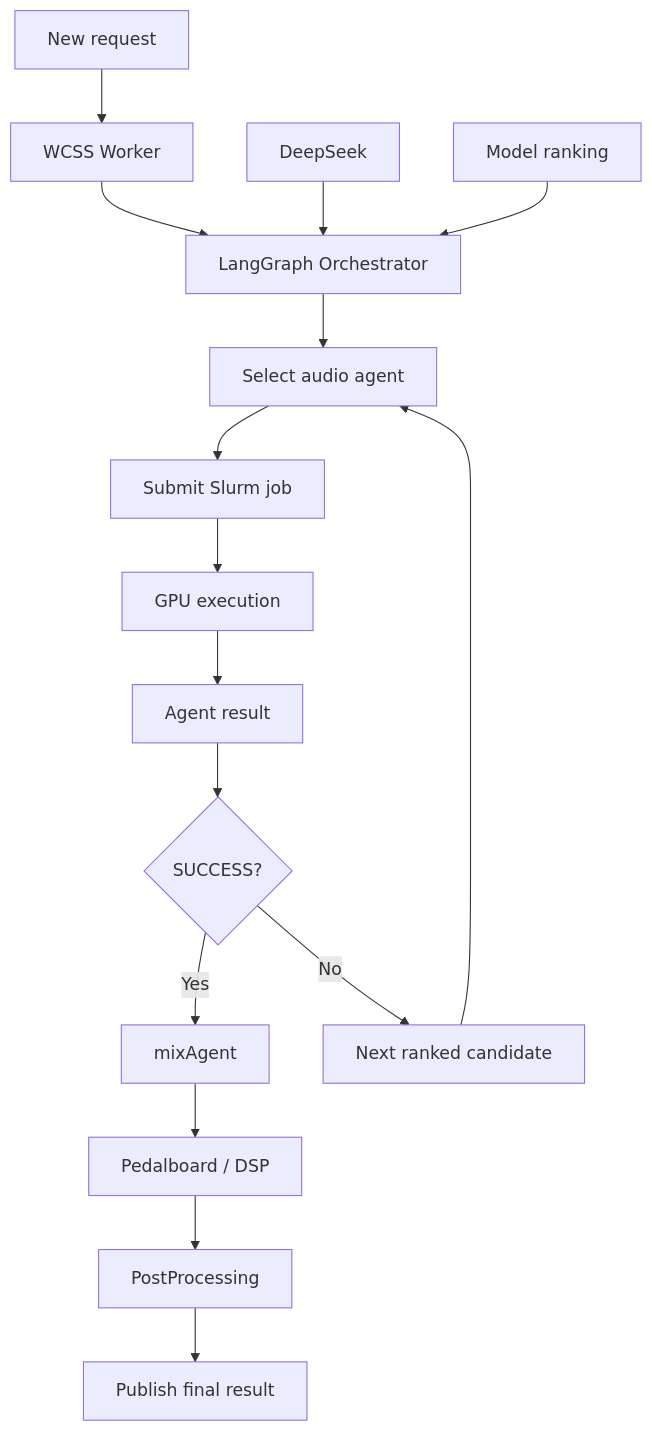
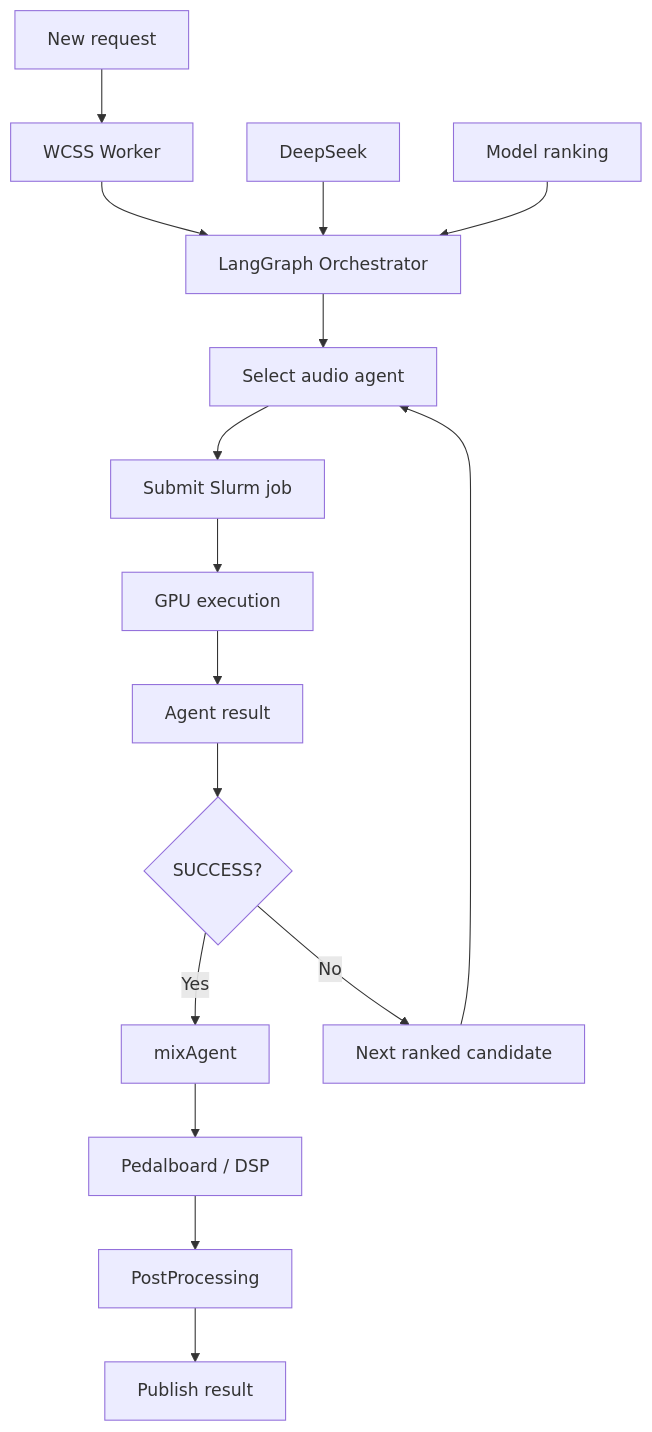
One commit to wgrzyb271/SoundCraft changed the eighth of 10 diagrams in README.md. Above: the diagram before and after it, drawn with Mermaid. The commit also changed other lines of this file, not shown here.

````diff
--- a/README.md
+++ b/README.md
@@ -687,34 +360,26 @@
 ```mermaid
 flowchart TD
-    A["New request"]
-
-    A --> B["WCSS Worker"]
+    A["New request"] --> B["WCSS Worker"]
 
     B --> C["LangGraph Orchestrator"]
 
     D["DeepSeek"] --> C
-
     E["Model ranking"] --> C
 
     C --> F["Select audio agent"]
 
     F --> G["Submit Slurm job"]
-
     G --> H["GPU execution"]
-
     H --> I["Agent result"]
 
     I --> J{"SUCCESS?"}
 
     J -->|"Yes"| MIX["mixAgent"]
-
     J -->|"No"| FB["Next ranked candidate"]
 
     FB --> F
 
     MIX --> DSP["Pedalboard / DSP"]
-
     DSP --> POST["PostProcessing"]
-
-    POST --> K["Publish final result"]
+    POST --> K["Publish result"]
 ```
````
